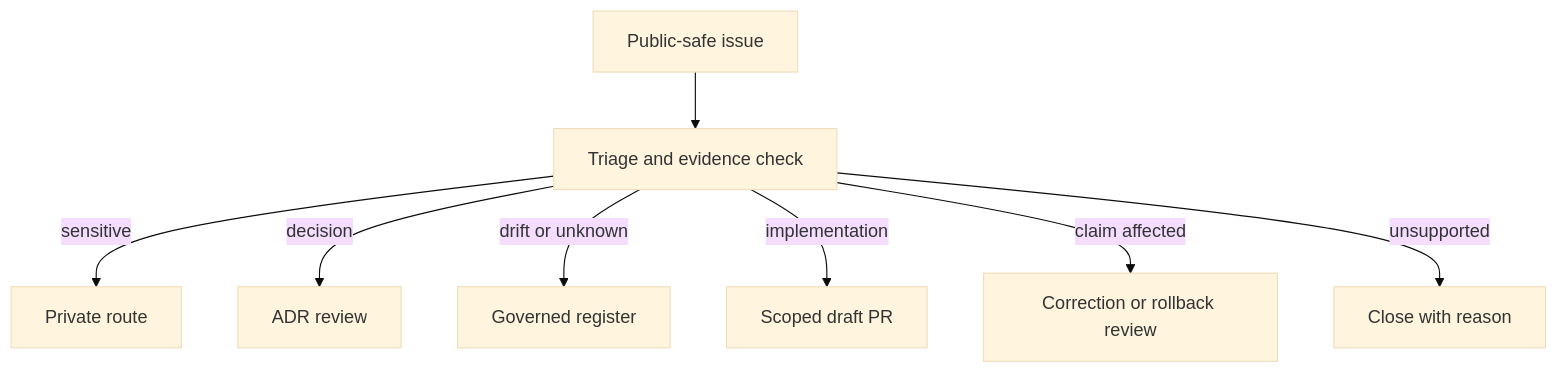
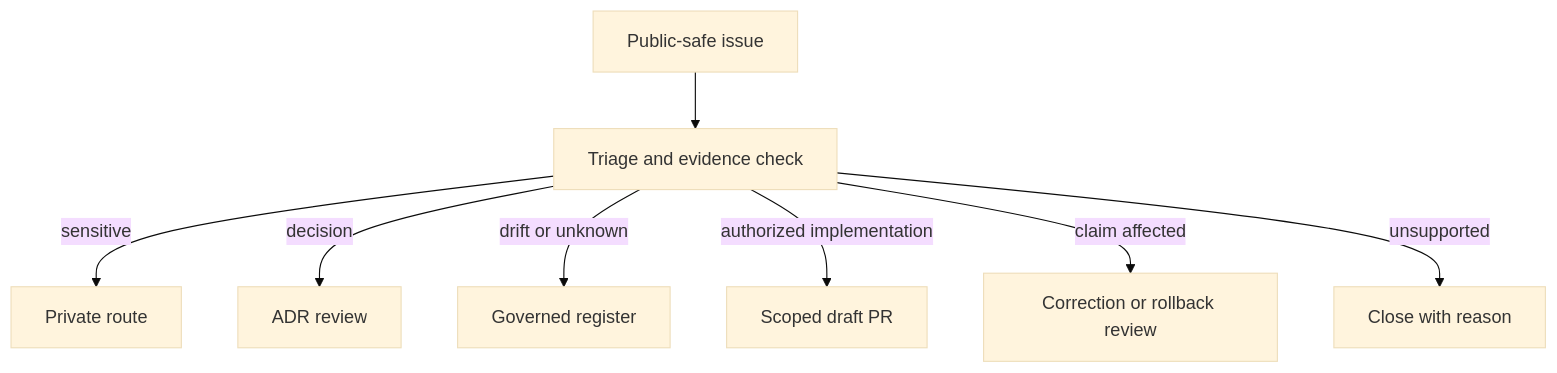
One commit to bartytime4life/Kansas-Frontier-Matrix changed the diagram in .github/ISSUE_TEMPLATE/README.md. Above: the diagram before and after it, drawn with Mermaid (base theme). The commit also changed other lines of this file, not shown here.

````diff
--- a/.github/ISSUE_TEMPLATE/README.md
+++ b/.github/ISSUE_TEMPLATE/README.md
@@ -177,10 +180,10 @@
 ```mermaid
 flowchart TD
     I["Public-safe issue"] --> T["Triage and evidence check"]
     T -->|sensitive| S["Private route"]
     T -->|decision| A["ADR review"]
     T -->|drift or unknown| G["Governed register"]
-    T -->|implementation| P["Scoped draft PR"]
+    T -->|authorized implementation| P["Scoped draft PR"]
     T -->|claim affected| C["Correction or rollback review"]
     T -->|unsupported| N["Close with reason"]
 ```
````
